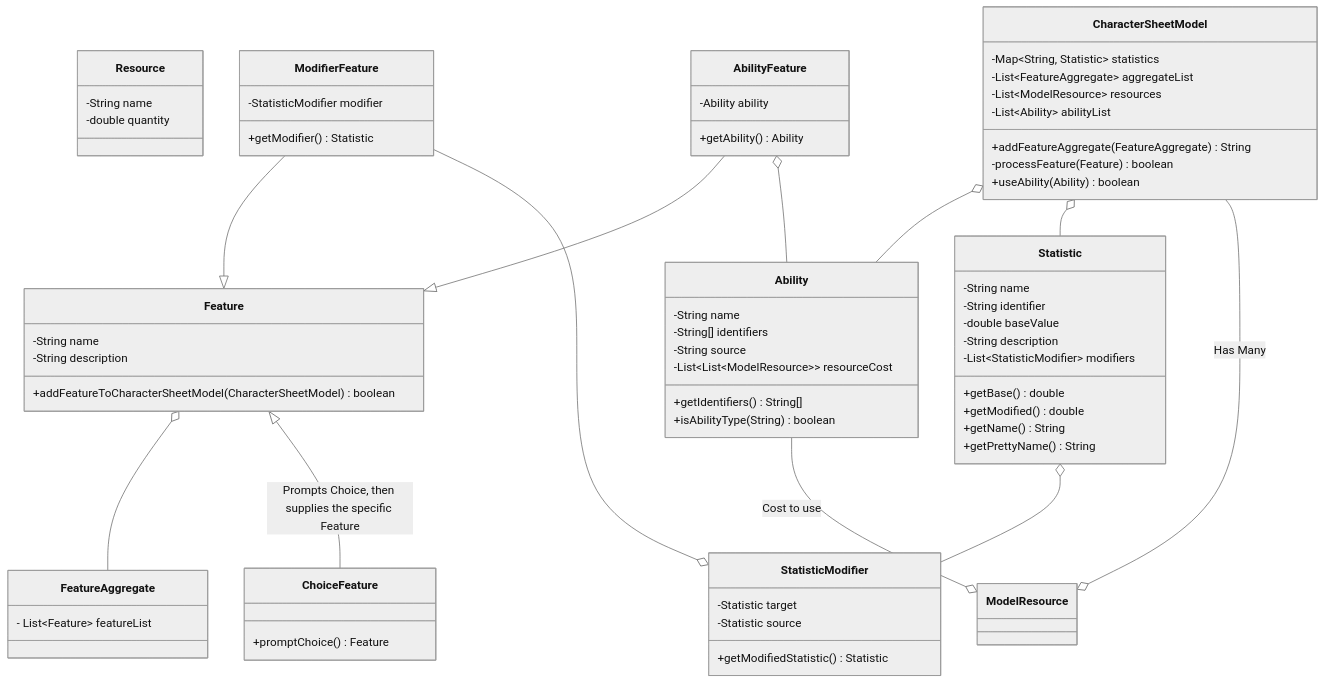
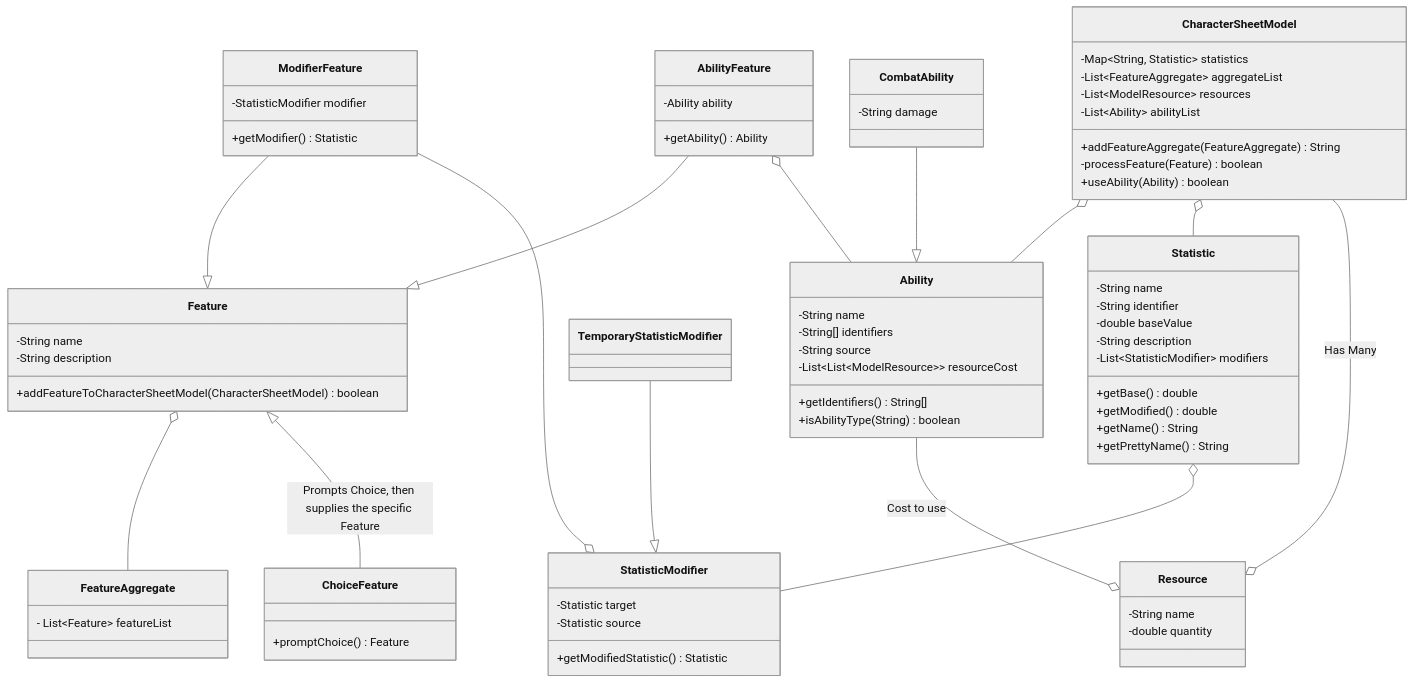
One commit to PatrickPitts/DungeonsAndDragons5eCharacterSheet changed the diagram in featuresClassDiagram.md. Above: the diagram before and after it, drawn with Mermaid (neutral theme). The commit also changed other lines of this file and 29 other files, not shown here.

````diff
--- a/featuresClassDiagram.md
+++ b/featuresClassDiagram.md
@@ -46,7 +49,8 @@
     -Statistic target
     -Statistic source
     +getModifiedStatistic() Statistic
-    
+    }
+    class TemporaryStatisticModifier{
     }
     class CharacterSheetModel{
         -Map~String, Statistic~ statistics
@@ -66,11 +70,15 @@
         +getIdentifiers() String[]
         +isAbilityType(String) boolean
     }
+    class CombatAbility{
+        -String damage
+    }
 
     class ChoiceFeature{
     +promptChoice() Feature
     }
 
+    CombatAbility --|> Ability
     Feature o-- FeatureAggregate
     CharacterSheetModel o-- Ability
     Feature <|-- ChoiceFeature : Prompts Choice, then supplies the specific Feature
@@ -79,7 +87,8 @@
     AbilityFeature --|> Feature
     AbilityFeature o-- Ability
     Statistic o-- StatisticModifier
-    Ability --o ModelResource : Cost to use
-    CharacterSheetModel --o ModelResource : Has Many
+    TemporaryStatisticModifier --|> StatisticModifier
+    Ability --o Resource : Cost to use
+    CharacterSheetModel --o Resource : Has Many
     ModifierFeature --o StatisticModifier
 ```
````
